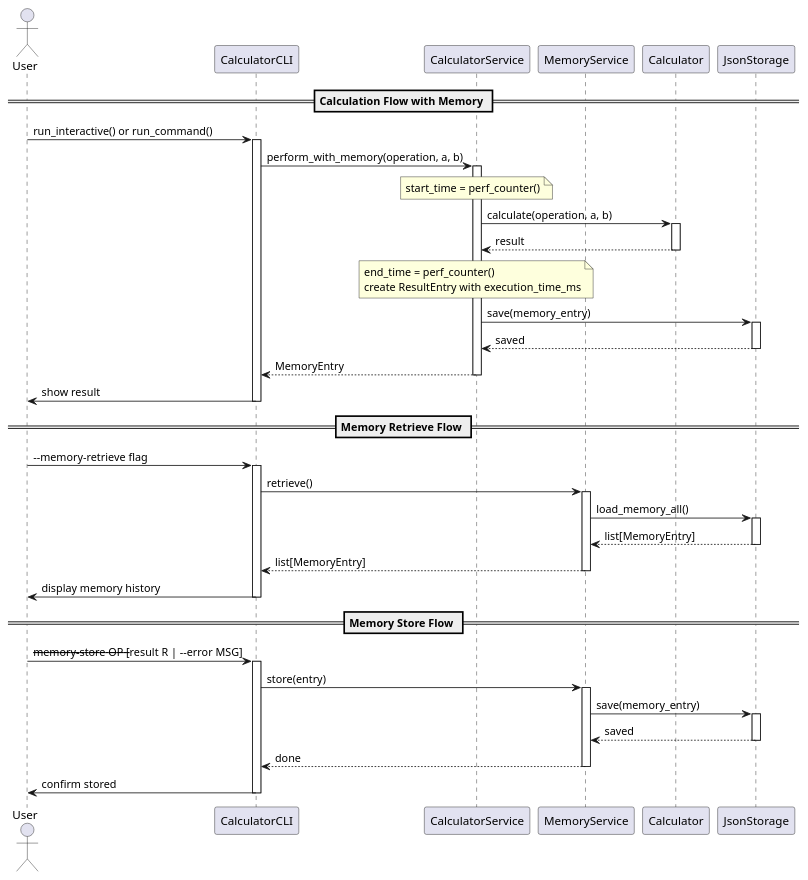
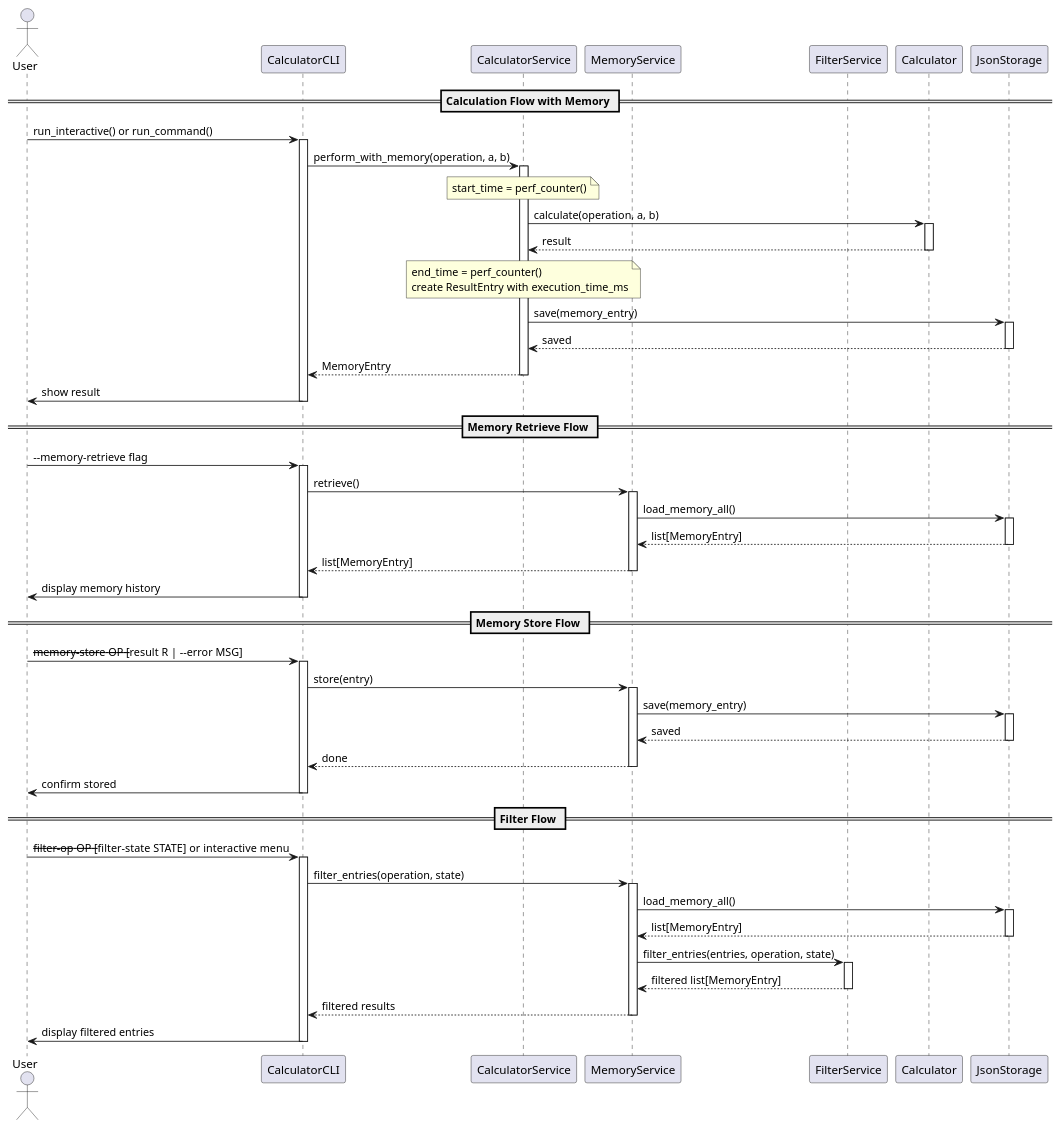
The diagram in experiments/broadcast/user_stories/calculator/artifacts/sequence_diagram.puml (DanielRiha8906/Software_autoevolution_using_agents), drawn with PlantUML before and after one commit. The commit also changed 6 other files, not shown here.

```diff
--- a/experiments/broadcast/user_stories/calculator/artifacts/sequence_diagram.puml
+++ b/experiments/broadcast/user_stories/calculator/artifacts/sequence_diagram.puml
@@ -1,73 +1,97 @@
 @startuml sequence_diagram
 
 actor User
 participant CalculatorCLI
 participant CalculatorService
 participant MemoryService
+participant FilterService
 participant Calculator
 participant JsonStorage
 
 == Calculation Flow with Memory ==
 User -> CalculatorCLI: run_interactive() or run_command()
 activate CalculatorCLI
 
 CalculatorCLI -> CalculatorService: perform_with_memory(operation, a, b)
 activate CalculatorService
 
 note over CalculatorService: start_time = perf_counter()
 
 CalculatorService -> Calculator: calculate(operation, a, b)
 activate Calculator
 Calculator --> CalculatorService: result
 deactivate Calculator
 
 note over CalculatorService: end_time = perf_counter()\ncreate ResultEntry with execution_time_ms
 
 CalculatorService -> JsonStorage: save(memory_entry)
 activate JsonStorage
 JsonStorage --> CalculatorService: saved
 deactivate JsonStorage
 
 CalculatorService --> CalculatorCLI: MemoryEntry
 deactivate CalculatorService
 
 CalculatorCLI -> User: show result
 deactivate CalculatorCLI
 
 == Memory Retrieve Flow ==
 User -> CalculatorCLI: --memory-retrieve flag
 activate CalculatorCLI
 
 CalculatorCLI -> MemoryService: retrieve()
 activate MemoryService
 
 MemoryService -> JsonStorage: load_memory_all()
 activate JsonStorage
 JsonStorage --> MemoryService: list[MemoryEntry]
 deactivate JsonStorage
 
 MemoryService --> CalculatorCLI: list[MemoryEntry]
 deactivate MemoryService
 
 CalculatorCLI -> User: display memory history
 deactivate CalculatorCLI
 
 == Memory Store Flow ==
 User -> CalculatorCLI: --memory-store OP [--result R | --error MSG]
 activate CalculatorCLI
 
 CalculatorCLI -> MemoryService: store(entry)
 activate MemoryService
 
 MemoryService -> JsonStorage: save(memory_entry)
 activate JsonStorage
 JsonStorage --> MemoryService: saved
 deactivate JsonStorage
 
 MemoryService --> CalculatorCLI: done
 deactivate MemoryService
 
 CalculatorCLI -> User: confirm stored
 deactivate CalculatorCLI
 
+== Filter Flow ==
+User -> CalculatorCLI: --filter-op OP [--filter-state STATE] or interactive menu
+activate CalculatorCLI
+
+CalculatorCLI -> MemoryService: filter_entries(operation, state)
+activate MemoryService
+
+MemoryService -> JsonStorage: load_memory_all()
+activate JsonStorage
+JsonStorage --> MemoryService: list[MemoryEntry]
+deactivate JsonStorage
+
+MemoryService -> FilterService: filter_entries(entries, operation, state)
+activate FilterService
+FilterService --> MemoryService: filtered list[MemoryEntry]
+deactivate FilterService
+
+MemoryService --> CalculatorCLI: filtered results
+deactivate MemoryService
+
+CalculatorCLI -> User: display filtered entries
+deactivate CalculatorCLI
+
 @enduml
```
